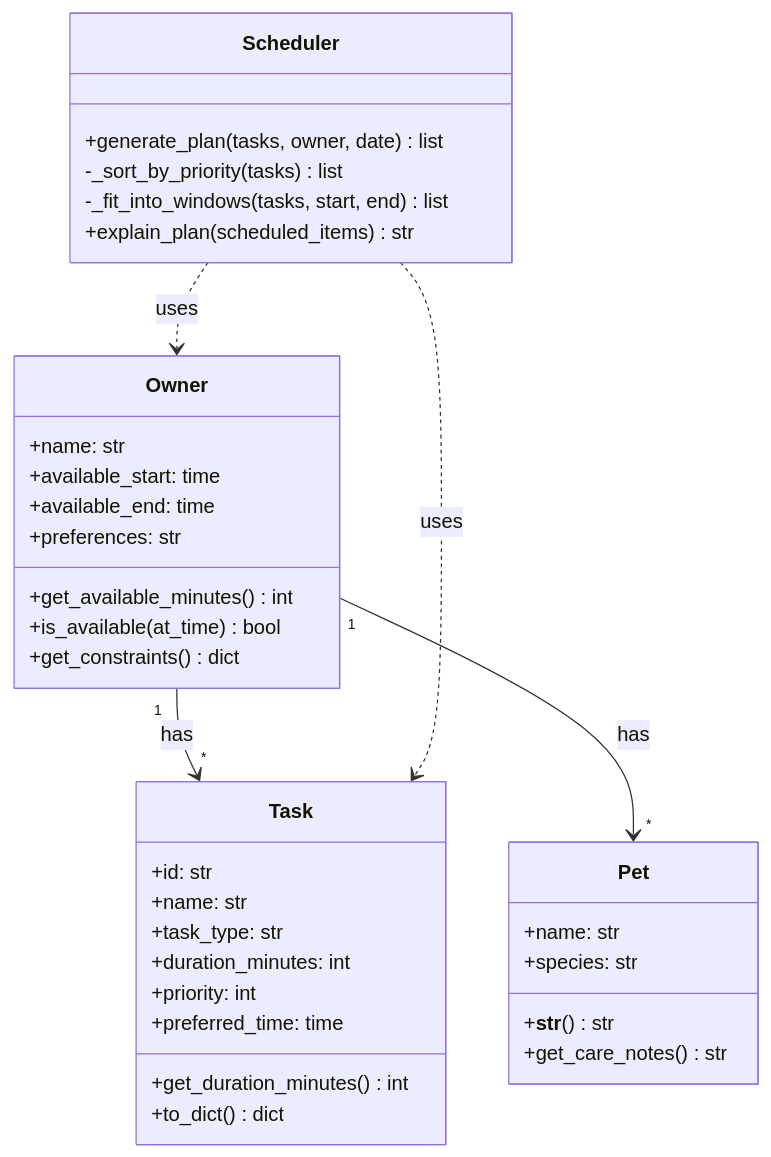
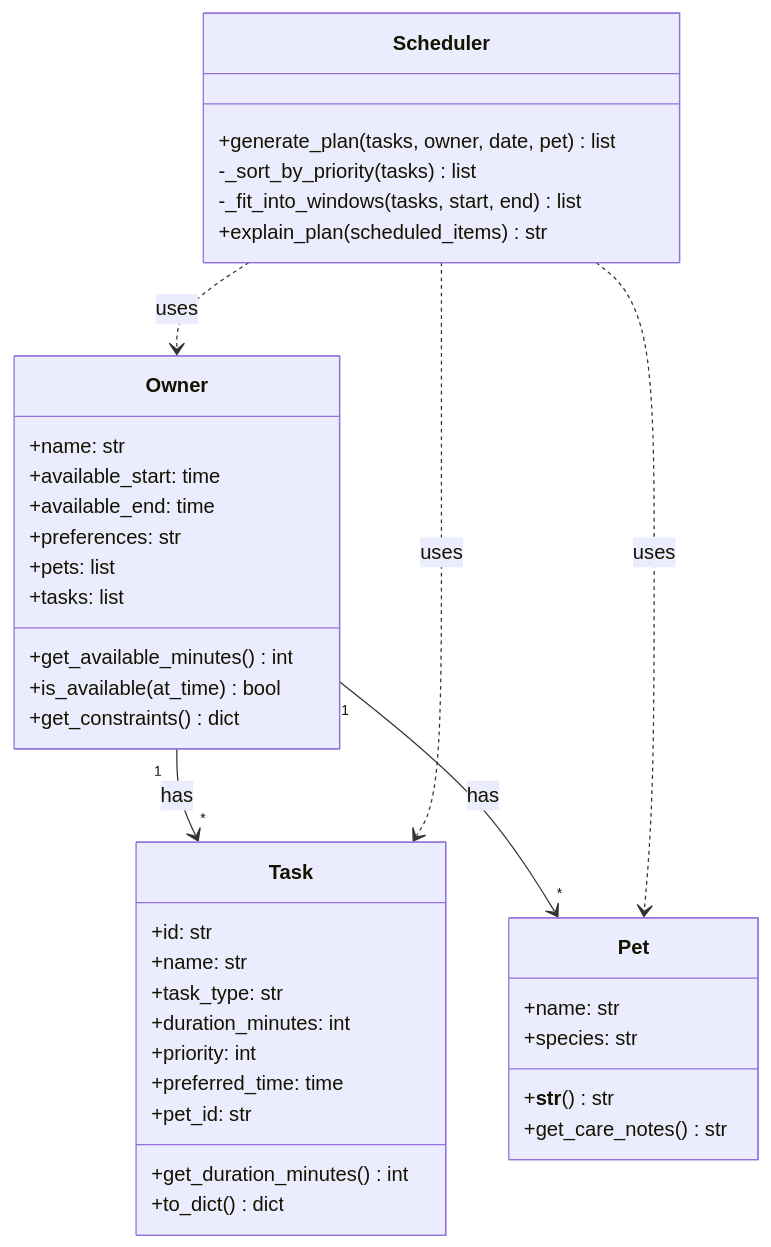
One commit to xulinxi/ai110-module2show-pawpal-starter changed the diagram in class-diagram.md. Above: the diagram before and after it, drawn with Mermaid. The commit also changed 3 other files, not shown here.

First line of the commit message:
Enhance class diagram and implementation for PawPal system

````diff
--- a/class-diagram.md
+++ b/class-diagram.md
@@ -5,42 +5,46 @@
 ```mermaid
 classDiagram
     class Owner {
         +name: str
         +available_start: time
         +available_end: time
         +preferences: str
+        +pets: list
+        +tasks: list
         +get_available_minutes() int
         +is_available(at_time) bool
         +get_constraints() dict
     }
 
     class Pet {
         +name: str
         +species: str
         +__str__() str
         +get_care_notes() str
     }
 
     class Task {
         +id: str
         +name: str
         +task_type: str
         +duration_minutes: int
         +priority: int
         +preferred_time: time
+        +pet_id: str
         +get_duration_minutes() int
         +to_dict() dict
     }
 
     class Scheduler {
-        +generate_plan(tasks, owner, date) list
+        +generate_plan(tasks, owner, date, pet) list
         -_sort_by_priority(tasks) list
         -_fit_into_windows(tasks, start, end) list
         +explain_plan(scheduled_items) str
     }
 
     Owner "1" --> "*" Pet : has
     Owner "1" --> "*" Task : has
     Scheduler ..> Task : uses
     Scheduler ..> Owner : uses
+    Scheduler ..> Pet : uses
 ```
````
